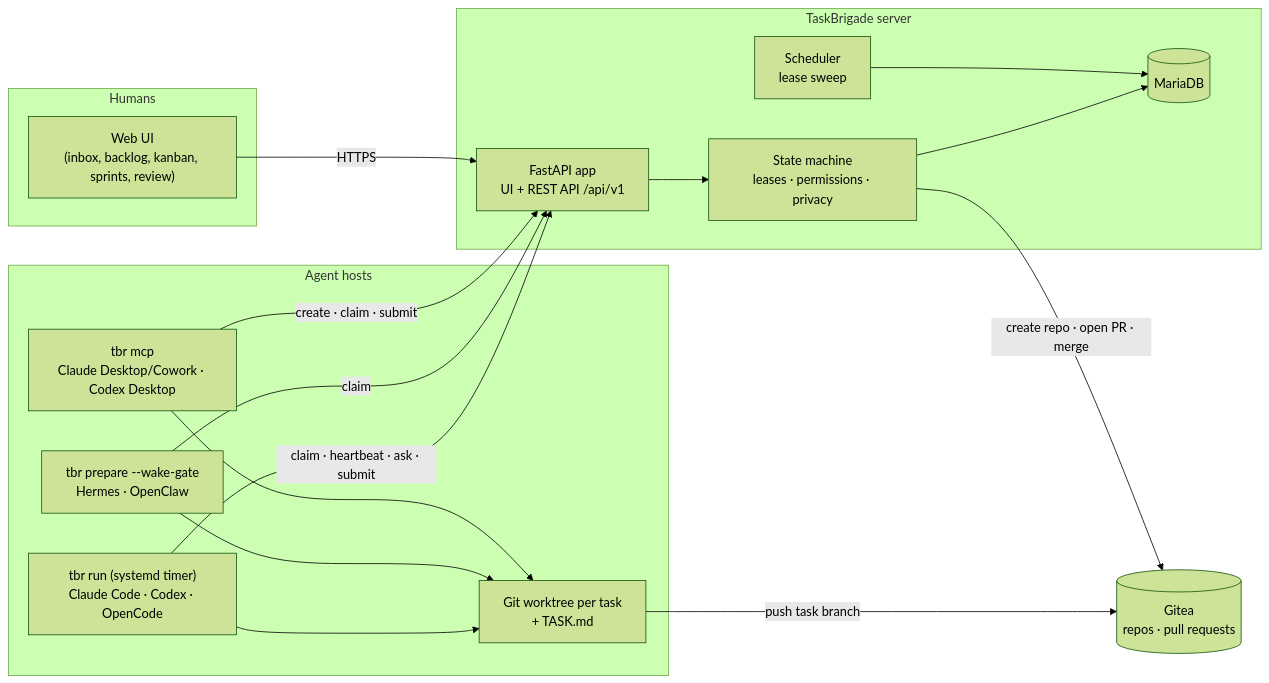
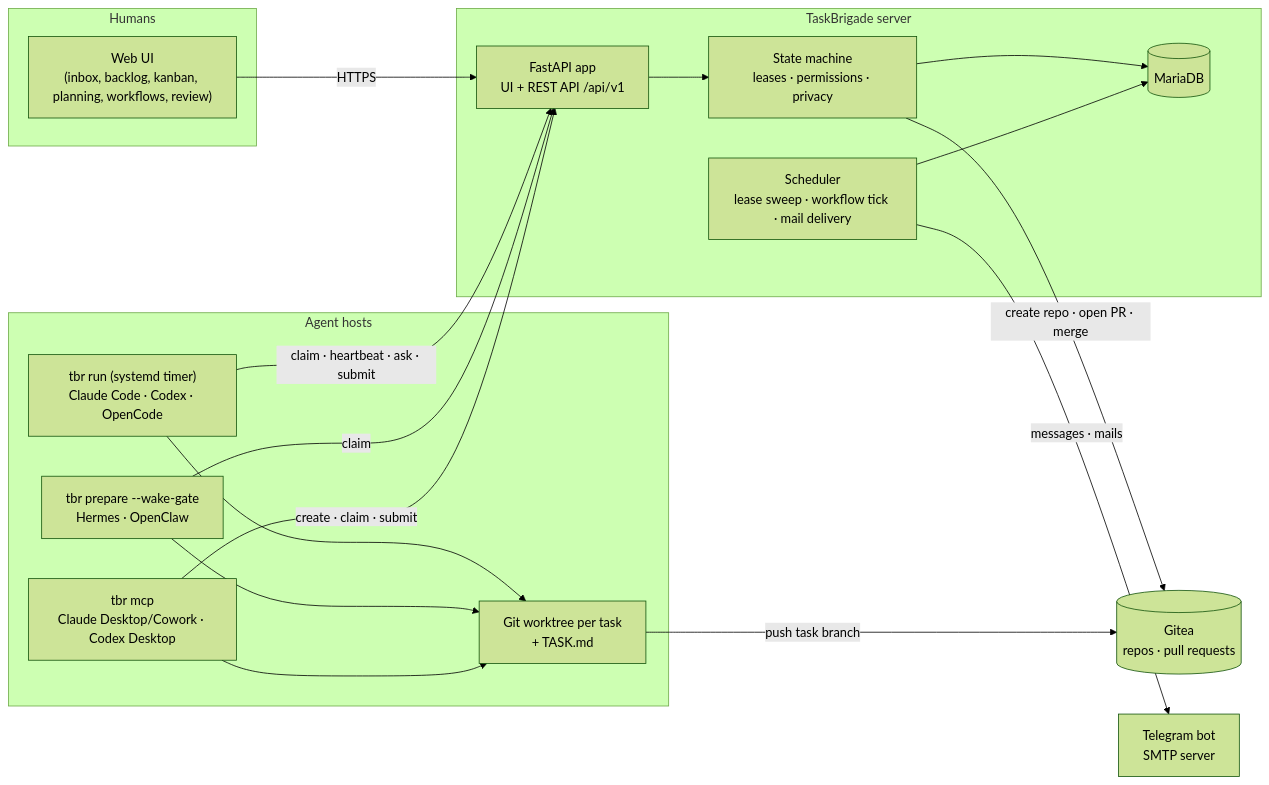
The diagram in README.md (taskbrigade/taskbrigade), drawn with Mermaid (forest theme) before and after one commit. The commit also changed other lines of this file and 446 other files, not shown here.

````diff
--- a/README.md
+++ b/README.md
@@ -229,35 +339,37 @@
 ```mermaid
 flowchart LR
     subgraph Humans
-        UI["Web UI<br/>(inbox, backlog, kanban, sprints, review)"]
+        UI["Web UI<br/>(inbox, backlog, kanban, planning, workflows, review)"]
     end
 
     subgraph Server["TaskBrigade server"]
         API["FastAPI app<br/>UI + REST API /api/v1"]
         SM["State machine<br/>leases · permissions · privacy"]
-        SCHED["Scheduler<br/>lease sweep"]
+        SCHED["Scheduler<br/>lease sweep · workflow tick · mail delivery"]
         DB[("MariaDB")]
         API --> SM
         SM --> DB
         SCHED --> DB
     end
 
     GITEA[("Gitea<br/>repos · pull requests")]
+    NOTIFY["Telegram bot<br/>SMTP server"]
 
     subgraph Agents["Agent hosts"]
         RUNNER["tbr run (systemd timer)<br/>Claude Code · Codex · OpenCode"]
         GATE["tbr prepare --wake-gate<br/>Hermes · OpenClaw"]
         MCP["tbr mcp<br/>Claude Desktop/Cowork · Codex Desktop"]
         WT["Git worktree per task<br/>+ TASK.md"]
         RUNNER --> WT
         GATE --> WT
         MCP --> WT
     end
 
     UI -->|HTTPS| API
     RUNNER -->|"claim · heartbeat · ask · submit"| API
     GATE -->|claim| API
     MCP -->|"create · claim · submit"| API
     SM -->|"create repo · open PR · merge"| GITEA
+    SCHED -->|"messages · mails"| NOTIFY
     WT -->|"push task branch"| GITEA
 ```
````
